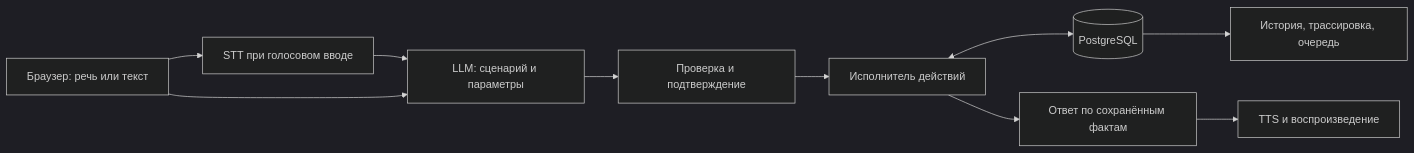
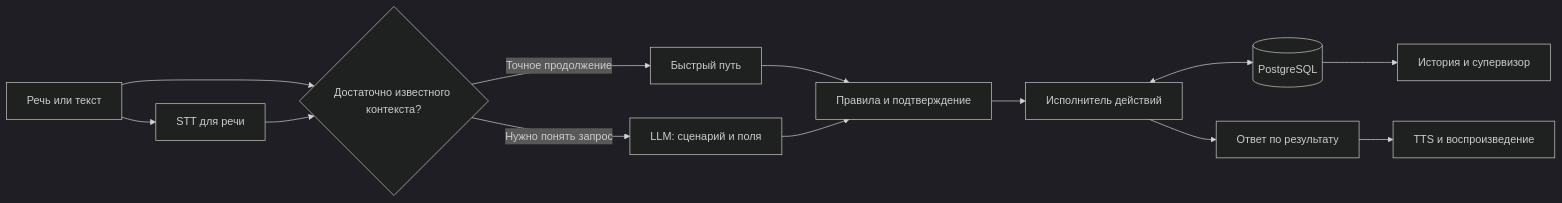
Before and after one commit to BAITC-Hacks/hack-6d253846-dir-echoes: the diagram in README.md, drawn with Mermaid (dark theme). The commit also changed other lines of this file and 24 other files, not shown here.

````diff
--- a/README.md
+++ b/README.md
@@ -74,12 +106,15 @@
 ```mermaid
 flowchart LR
-  UI[Браузер: речь или текст] --> STT[STT при голосовом вводе]
-  STT --> LLM[LLM: сценарий и параметры]
-  UI --> LLM
-  LLM --> POLICY[Проверка и подтверждение]
-  POLICY --> EXEC[Исполнитель действий]
-  EXEC <--> DB[(PostgreSQL)]
-  EXEC --> ANSWER[Ответ по сохранённым фактам]
-  ANSWER --> TTS[TTS и воспроизведение]
-  DB --> OPS[История, трассировка, очередь]
+    A[Речь или текст] --> B[STT для речи]
+    A --> R{Достаточно известного контекста?}
+    B --> R
+    R -->|Точное продолжение| FST[Быстрый путь]
+    R -->|Нужно понять запрос| C[LLM: сценарий и поля]
+    FST --> D[Правила и подтверждение]
+    C --> D
+    D --> E[Исполнитель действий]
+    E <--> F[(PostgreSQL)]
+    E --> G[Ответ по результату]
+    G --> H[TTS и воспроизведение]
+    F --> I[История и супервизор]
 ```
````
